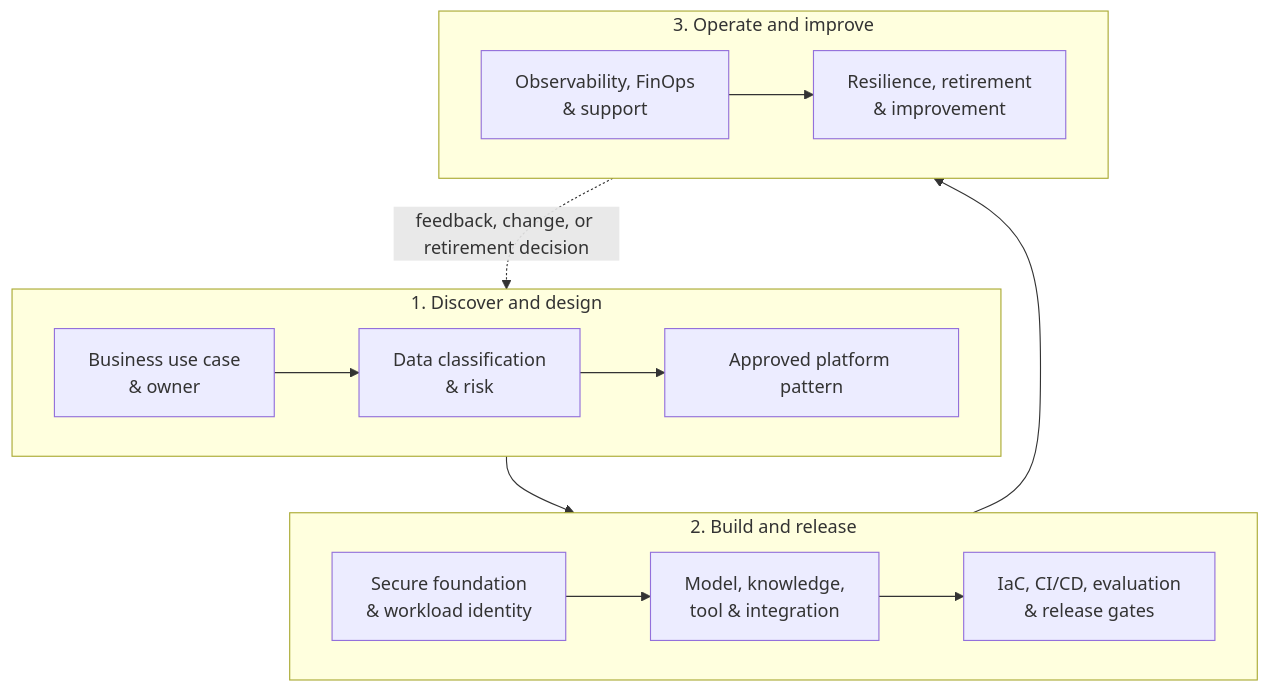
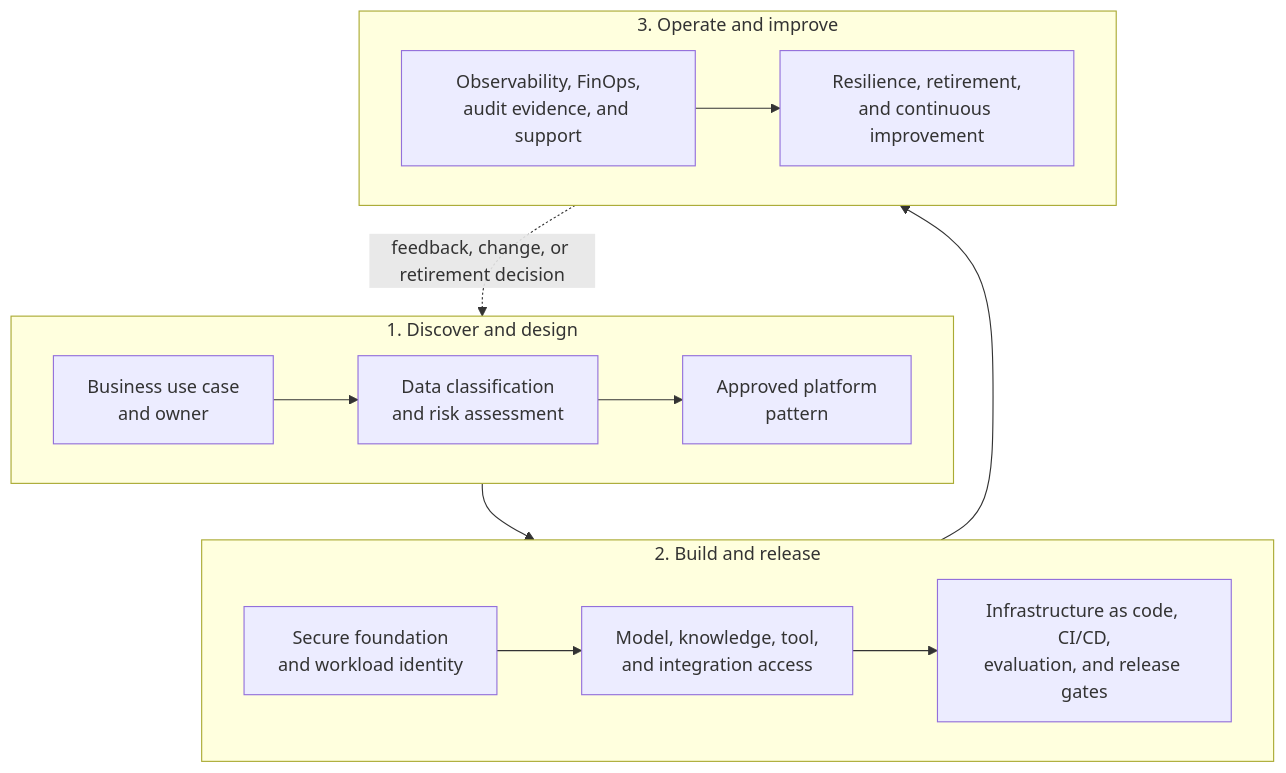
One commit to afaryy/cloudai-platform changed the third of 3 diagrams in docs/architecture.md. Above: the diagram before and after it, drawn with Mermaid. The commit also changed other lines of this file and 1 other file, not shown here.

Commit message:
docs: preserve full architecture diagram labels

````diff
--- a/docs/architecture.md
+++ b/docs/architecture.md
@@ -110,30 +110,30 @@
 ```mermaid
 flowchart TB
-  usecase["Business use case<br/>& owner"]
-  assessment["Data classification<br/>& risk"]
-  pattern["Approved platform pattern"]
-  secure["Secure foundation<br/>& workload identity"]
-  access["Model, knowledge,<br/>tool & integration"]
-  release["IaC, CI/CD, evaluation<br/>& release gates"]
-  operate["Observability, FinOps<br/>& support"]
-  improve["Resilience, retirement<br/>& improvement"]
+  usecase["Business use case<br/>and owner"]
+  assessment["Data classification<br/>and risk assessment"]
+  pattern["Approved platform<br/>pattern"]
+  secure["Secure foundation<br/>and workload identity"]
+  access["Model, knowledge, tool,<br/>and integration access"]
+  release["Infrastructure as code, CI/CD,<br/>evaluation, and release gates"]
+  operate["Observability, FinOps,<br/>audit evidence, and support"]
+  improve["Resilience, retirement,<br/>and continuous improvement"]
 
   subgraph discover["1. Discover and design"]
     direction LR
     usecase --> assessment --> pattern
   end
 
   subgraph deliver["2. Build and release"]
     direction LR
     secure --> access --> release
   end
 
   subgraph operate_loop["3. Operate and improve"]
     direction LR
     operate --> improve
   end
 
   pattern --> secure
   release --> operate
   improve -. "feedback, change, or retirement decision" .-> assessment
 ```
````
